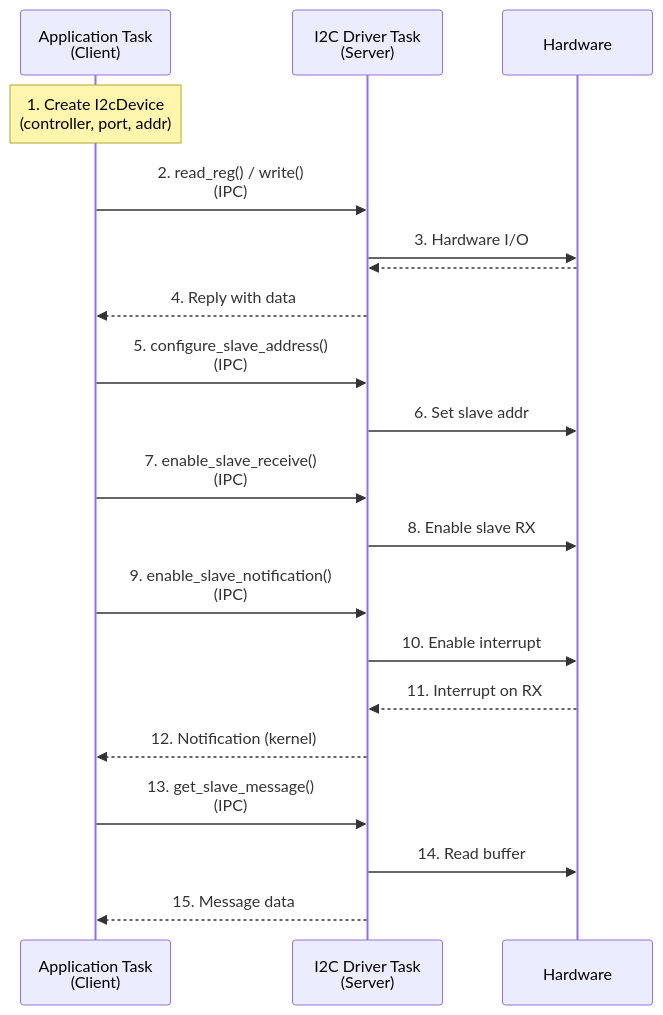
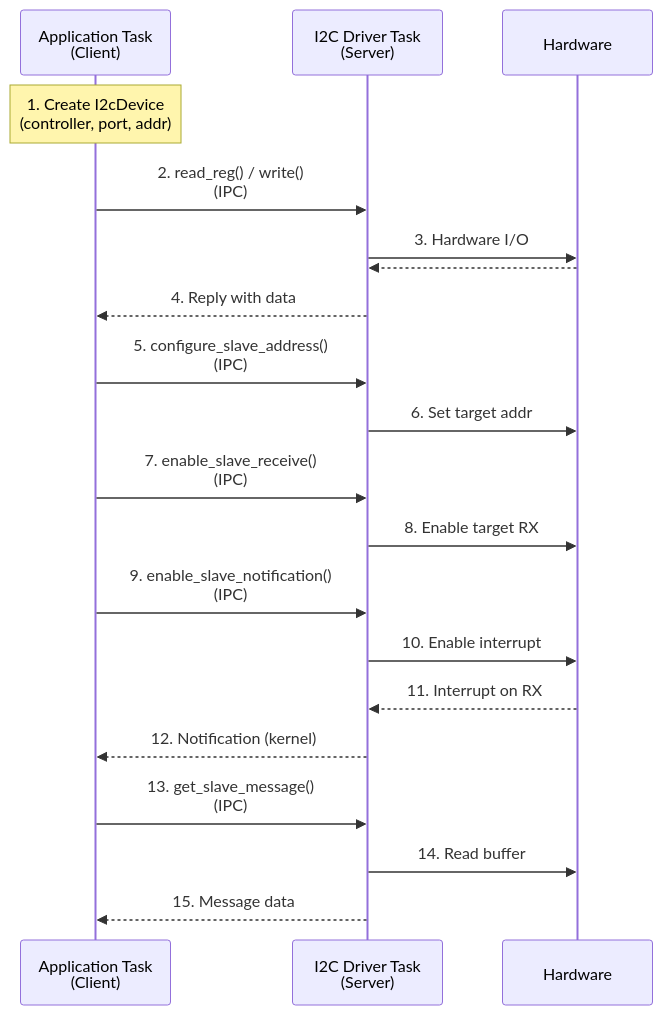
The diagram in docs/src/design/i2c/images/component_communication.mmd (OpenPRoT/openprot), drawn with Mermaid before and after one commit. The commit also changed 24 other files, not shown here.

First line of the commit message:
docs(i2c): use inclusive language (controller/target instead of master/slave)

```diff
--- a/docs/src/design/i2c/images/component_communication.mmd
+++ b/docs/src/design/i2c/images/component_communication.mmd
@@ -1,27 +1,27 @@
 sequenceDiagram
     participant App as Application Task<br/>(Client)
     participant Driver as I2C Driver Task<br/>(Server)
     participant HW as Hardware
     
     Note over App: 1. Create I2cDevice<br/>(controller, port, addr)
     
     App->>Driver: 2. read_reg() / write()<br/>(IPC)
     Driver->>HW: 3. Hardware I/O
     HW-->>Driver: 
     Driver-->>App: 4. Reply with data
     
     App->>Driver: 5. configure_slave_address()<br/>(IPC)
-    Driver->>HW: 6. Set slave addr
+    Driver->>HW: 6. Set target addr
     
     App->>Driver: 7. enable_slave_receive()<br/>(IPC)
-    Driver->>HW: 8. Enable slave RX
+    Driver->>HW: 8. Enable target RX
     
     App->>Driver: 9. enable_slave_notification()<br/>(IPC)
     Driver->>HW: 10. Enable interrupt
     
     HW-->>Driver: 11. Interrupt on RX
     Driver-->>App: 12. Notification (kernel)
     
     App->>Driver: 13. get_slave_message()<br/>(IPC)
     Driver->>HW: 14. Read buffer
     Driver-->>App: 15. Message data
```
